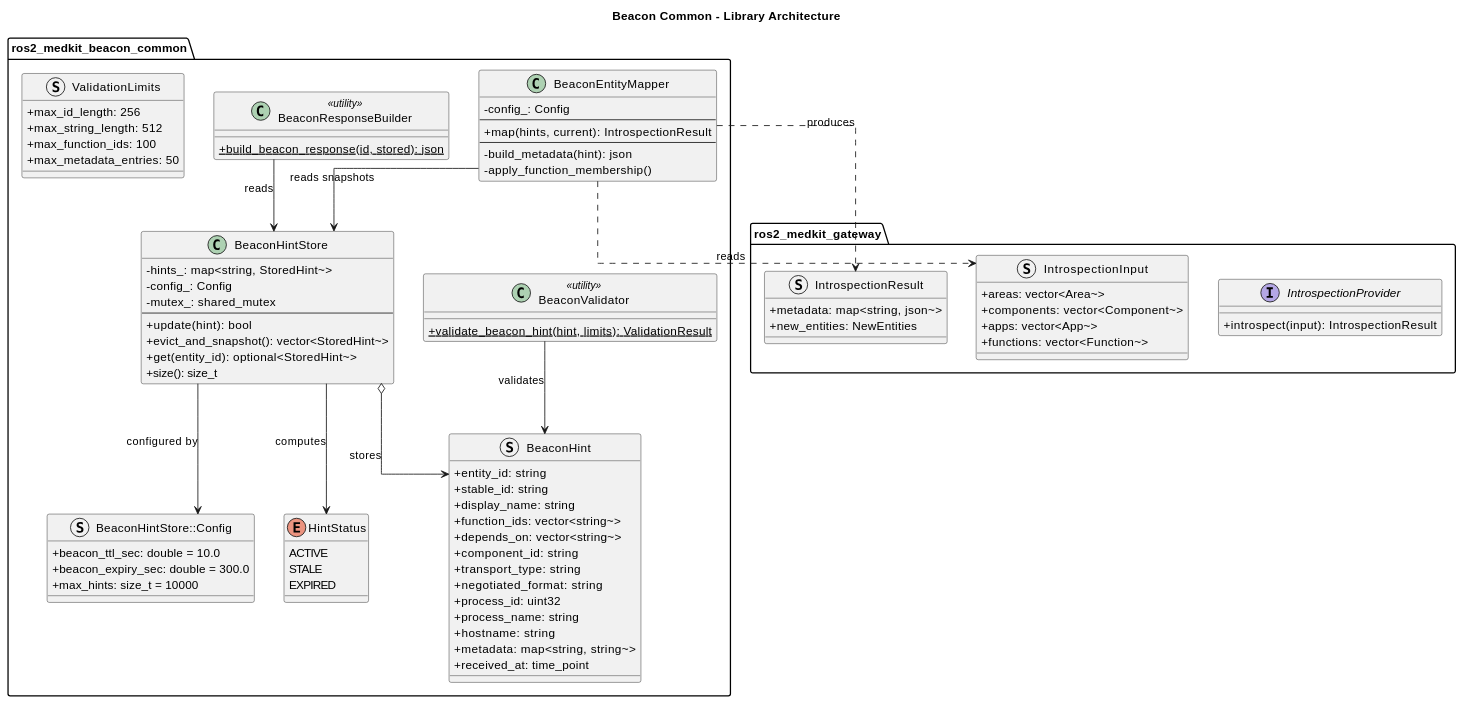
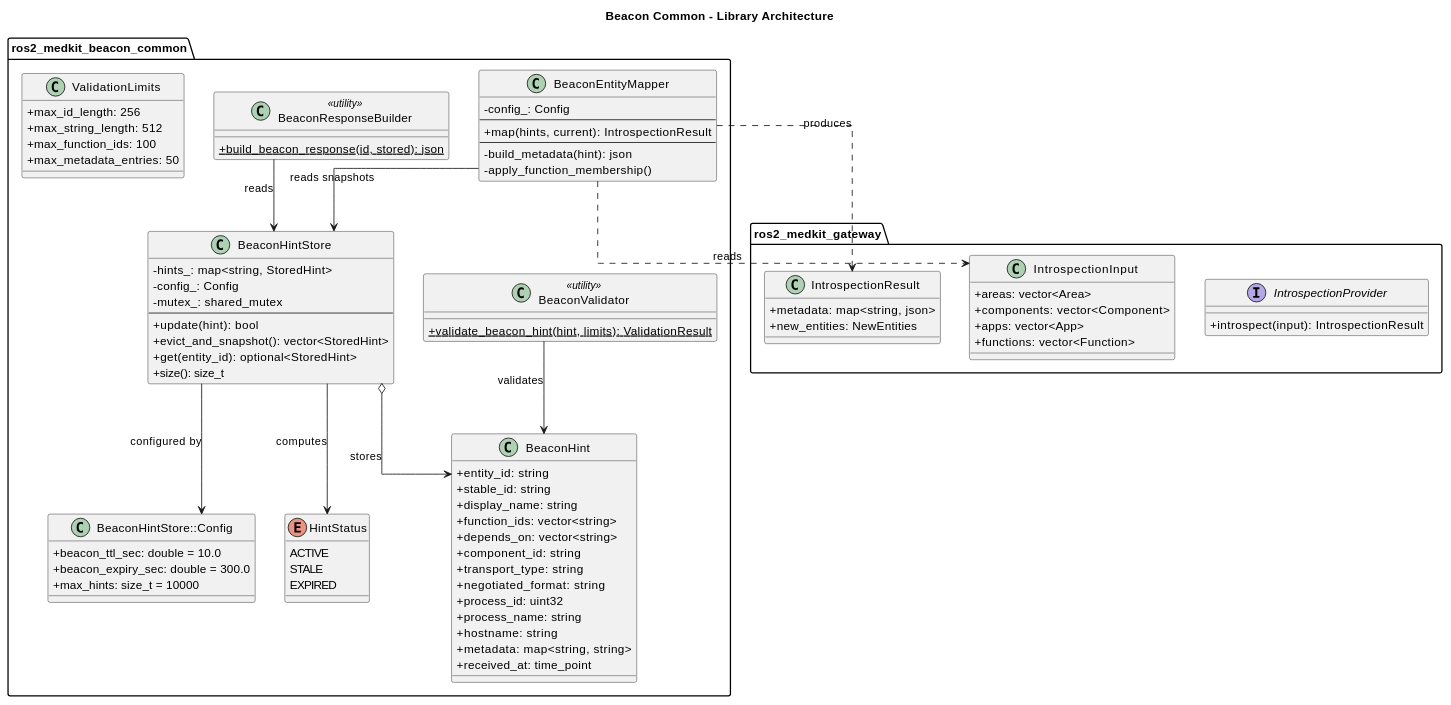
One commit to selfpatch/ros2_medkit changed the diagram in src/ros2_medkit_discovery_plugins/ros2_medkit_beacon_common/design/index.rst. Above: the diagram before and after it, drawn with PlantUML. The commit also changed 2 other files, not shown here.

Commit message:
docs(design): fix PlantUML - replace struct with class keyword, revert tilde escaping

```diff
--- a/src/ros2_medkit_discovery_plugins/ros2_medkit_beacon_common/design/index.rst
+++ b/src/ros2_medkit_discovery_plugins/ros2_medkit_beacon_common/design/index.rst
@@ -32,45 +32,45 @@
            +introspect(input): IntrospectionResult
        }
 
-       struct IntrospectionInput {
-           +areas: vector~<Area~>
-           +components: vector~<Component~>
-           +apps: vector~<App~>
-           +functions: vector~<Function~>
+       class IntrospectionInput {
+           +areas: vector<Area>
+           +components: vector<Component>
+           +apps: vector<App>
+           +functions: vector<Function>
        }
 
-       struct IntrospectionResult {
-           +metadata: map~<string, json~>
+       class IntrospectionResult {
+           +metadata: map<string, json>
            +new_entities: NewEntities
        }
    }
 
    package "ros2_medkit_beacon_common" {
 
-       struct BeaconHint {
+       class BeaconHint {
            + entity_id: string
            + stable_id: string
            + display_name: string
-           + function_ids: vector~<string~>
-           + depends_on: vector~<string~>
+           + function_ids: vector<string>
+           + depends_on: vector<string>
            + component_id: string
            + transport_type: string
            + negotiated_format: string
            + process_id: uint32
            + process_name: string
            + hostname: string
-           + metadata: map~<string, string~>
+           + metadata: map<string, string>
            + received_at: time_point
        }
 
        class BeaconHintStore {
-           - hints_: map~<string, StoredHint~>
+           - hints_: map<string, StoredHint>
            - config_: Config
            - mutex_: shared_mutex
            --
            + update(hint): bool
-           + evict_and_snapshot(): vector~<StoredHint~>
-           + get(entity_id): optional~<StoredHint~>
+           + evict_and_snapshot(): vector<StoredHint>
+           + get(entity_id): optional<StoredHint>
            + size(): size_t
        }
 
@@ -91,13 +91,13 @@
            + {static} build_beacon_response(id, stored): json
        }
 
-       struct "BeaconHintStore::Config" as StoreConfig {
+       class "BeaconHintStore::Config" as StoreConfig {
            + beacon_ttl_sec: double = 10.0
            + beacon_expiry_sec: double = 300.0
            + max_hints: size_t = 10000
        }
 
-       struct ValidationLimits {
+       class ValidationLimits {
            + max_id_length: 256
            + max_string_length: 512
            + max_function_ids: 100
```
